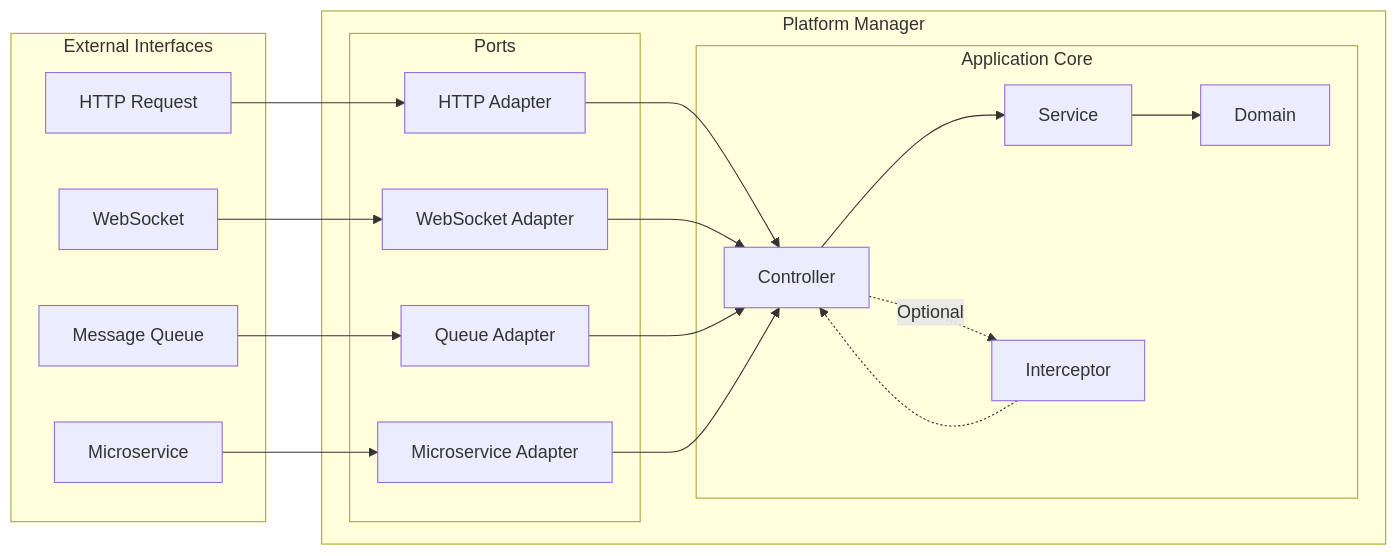
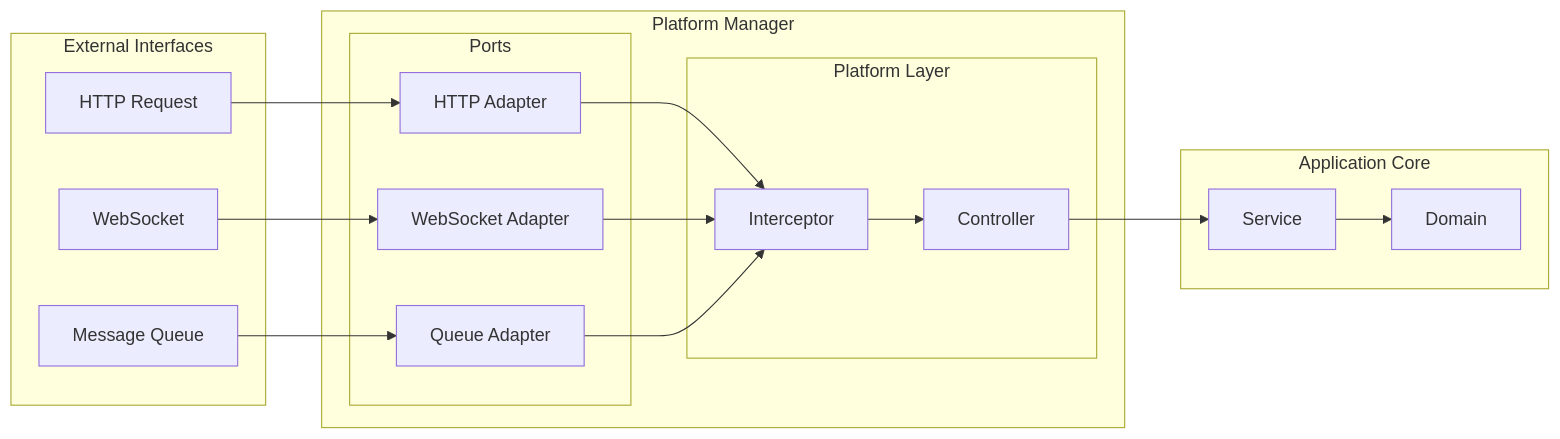
The diagram in README.md (albasyir/hexagonal-platform-manager), drawn with Mermaid before and after one commit. The commit also changed other lines of this file, not shown here.

Commit message:
docs: enhance README with platform manager benefits and architecture details

````diff
--- a/README.md
+++ b/README.md
@@ -15,45 +29,43 @@
 ```mermaid
 graph LR
     subgraph "External Interfaces"
         HTTP[HTTP Request]
         WS[WebSocket]
         MQ[Message Queue]
-        MS[Microservice]
     end
 
     subgraph "Platform Manager"
         subgraph "Ports"
             HTTPAdapter[HTTP Adapter]
             WSAdapter[WebSocket Adapter]
             MQAdapter[Queue Adapter]
-            MSAdapter[Microservice Adapter]
         end
 
-        subgraph "Application Core"
+        subgraph "Platform Layer"
+            Interceptor[Interceptor]
             Controller[Controller]
-            Service[Service]
-            Domain[Domain]
-            Interceptor[Interceptor]
         end
+    end
+
+    subgraph "Application Core"
+        Service[Service]
+        Domain[Domain]
     end
 
     %% External to Adapters
     HTTP --> HTTPAdapter
     WS --> WSAdapter
     MQ --> MQAdapter
-    MS --> MSAdapter
 
-    %% Adapters to Core
-    HTTPAdapter --> Controller
-    WSAdapter --> Controller
-    MQAdapter --> Controller
-    MSAdapter --> Controller
+    %% Adapters to Platform
+    HTTPAdapter --> Interceptor
+    WSAdapter --> Interceptor
+    MQAdapter --> Interceptor
 
-    %% Optional Interceptor
-    Controller -.->|Optional| Interceptor
-    Interceptor -.-> Controller
+    %% Platform Layer Flow
+    Interceptor --> Controller
 
-    %% Core flow
+    %% Platform to Application
     Controller --> Service
     Service --> Domain
 ```
````
